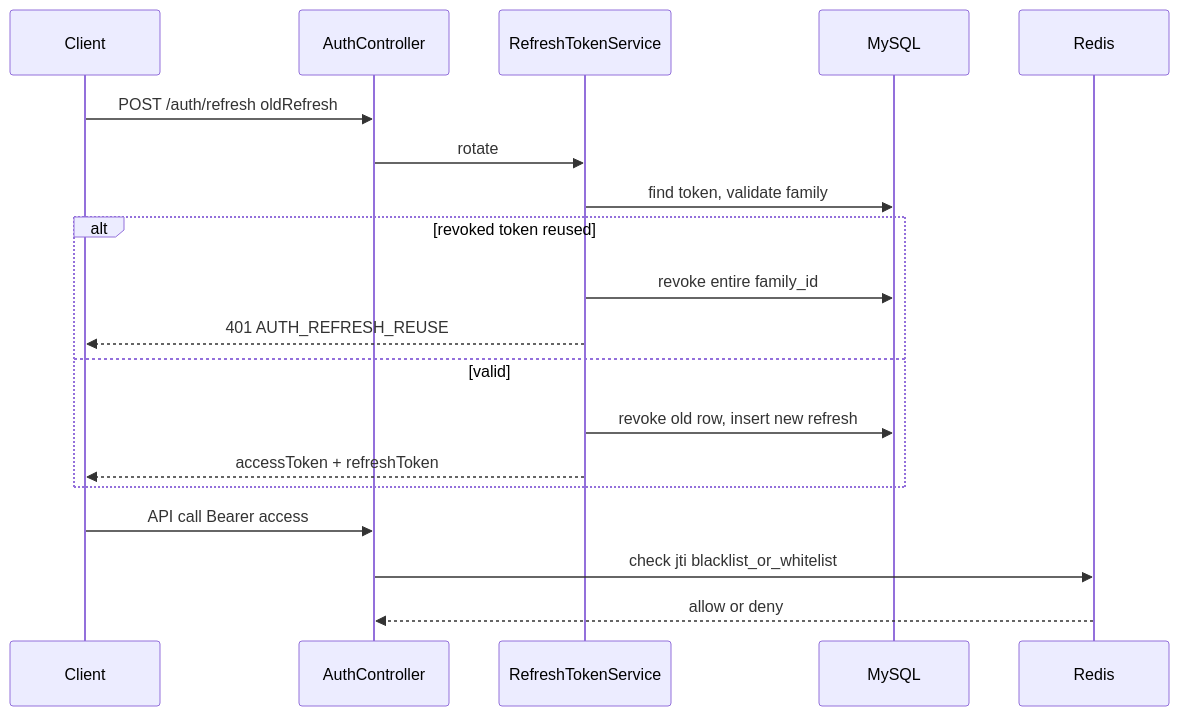
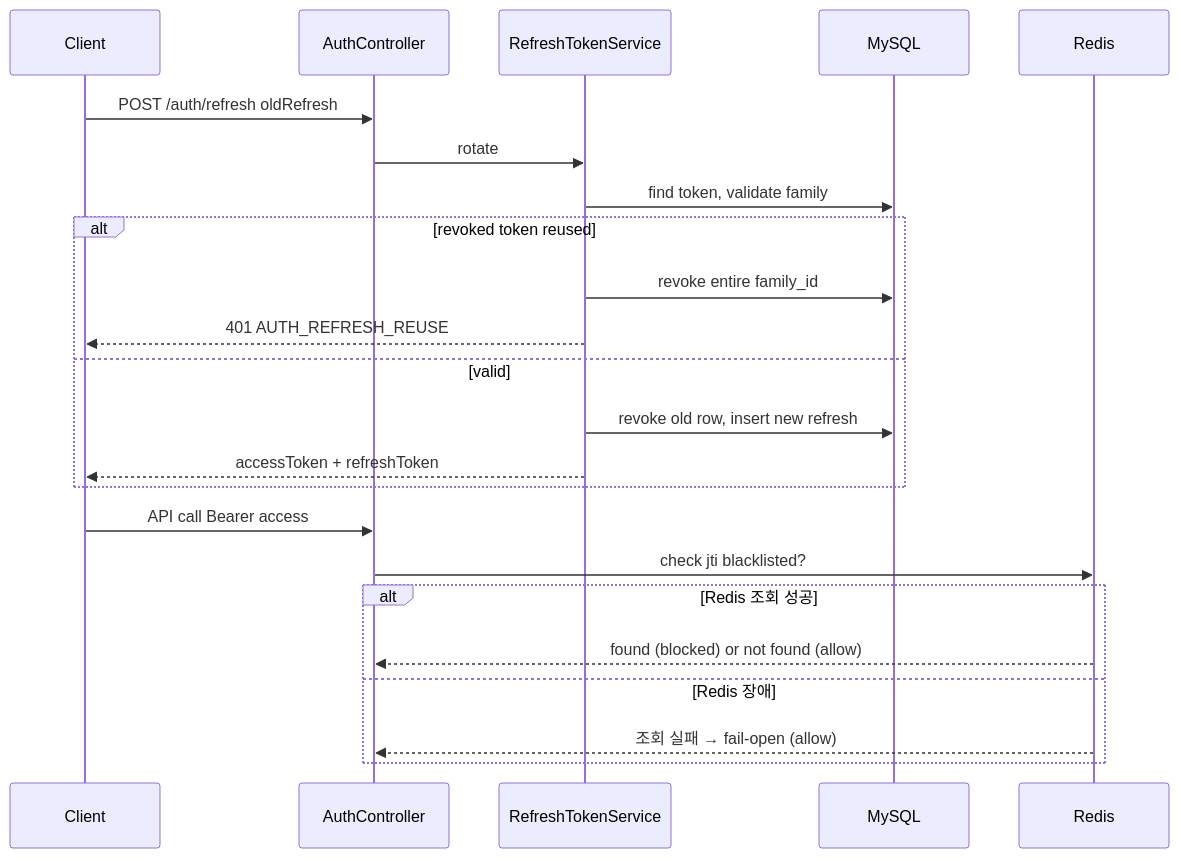
Before and after one commit to Central-MakeUs/TripFit-server: the diagram in docs/specs/auth/auth-token-rotation.md, drawn with Mermaid. The commit also changed other lines of this file and 12 other files, not shown here.

````diff
--- a/docs/specs/auth/auth-token-rotation.md
+++ b/docs/specs/auth/auth-token-rotation.md
@@ -31,23 +32,27 @@
 ```mermaid
 sequenceDiagram
     participant Client
     participant API as AuthController
     participant Svc as RefreshTokenService
     participant DB as MySQL
     participant Redis
 
     Client->>API: POST /auth/refresh oldRefresh
     API->>Svc: rotate
     Svc->>DB: find token, validate family
     alt revoked token reused
         Svc->>DB: revoke entire family_id
         Svc-->>Client: 401 AUTH_REFRESH_REUSE
     else valid
         Svc->>DB: revoke old row, insert new refresh
         Svc-->>Client: accessToken + refreshToken
     end
 
     Client->>API: API call Bearer access
-    API->>Redis: check jti blacklist_or_whitelist
-    Redis-->>API: allow or deny
+    API->>Redis: check jti blacklisted?
+    alt Redis 조회 성공
+        Redis-->>API: found (blocked) or not found (allow)
+    else Redis 장애
+        Redis-->>API: 조회 실패 → fail-open (allow)
+    end
 ```
````
